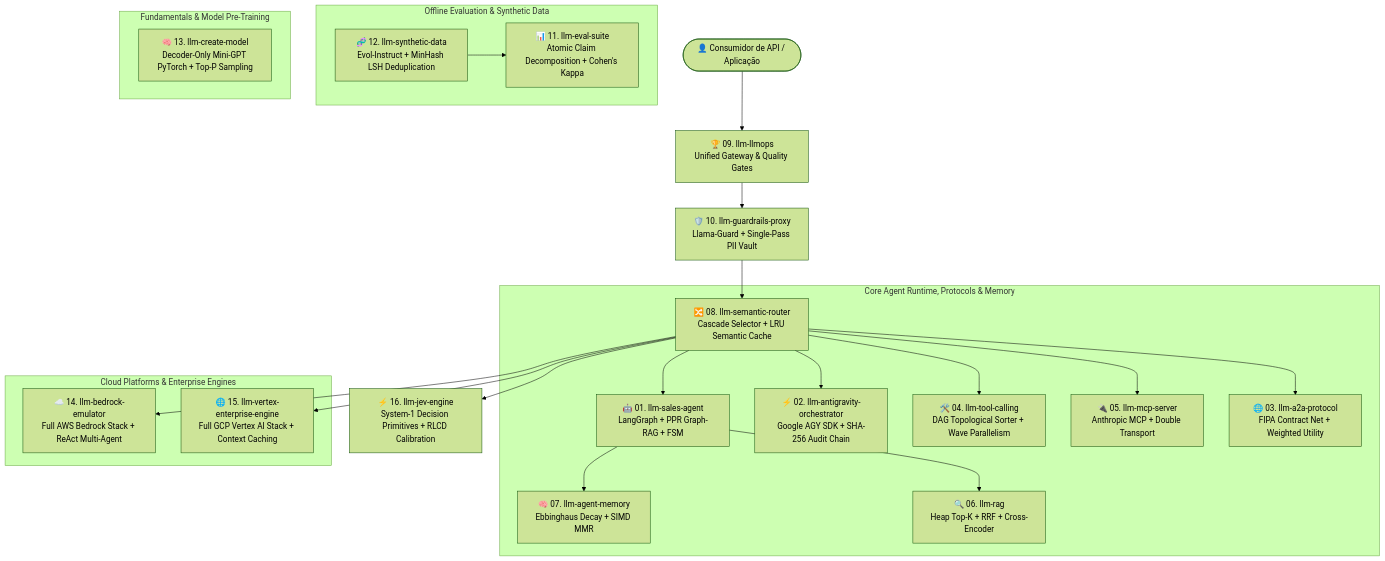
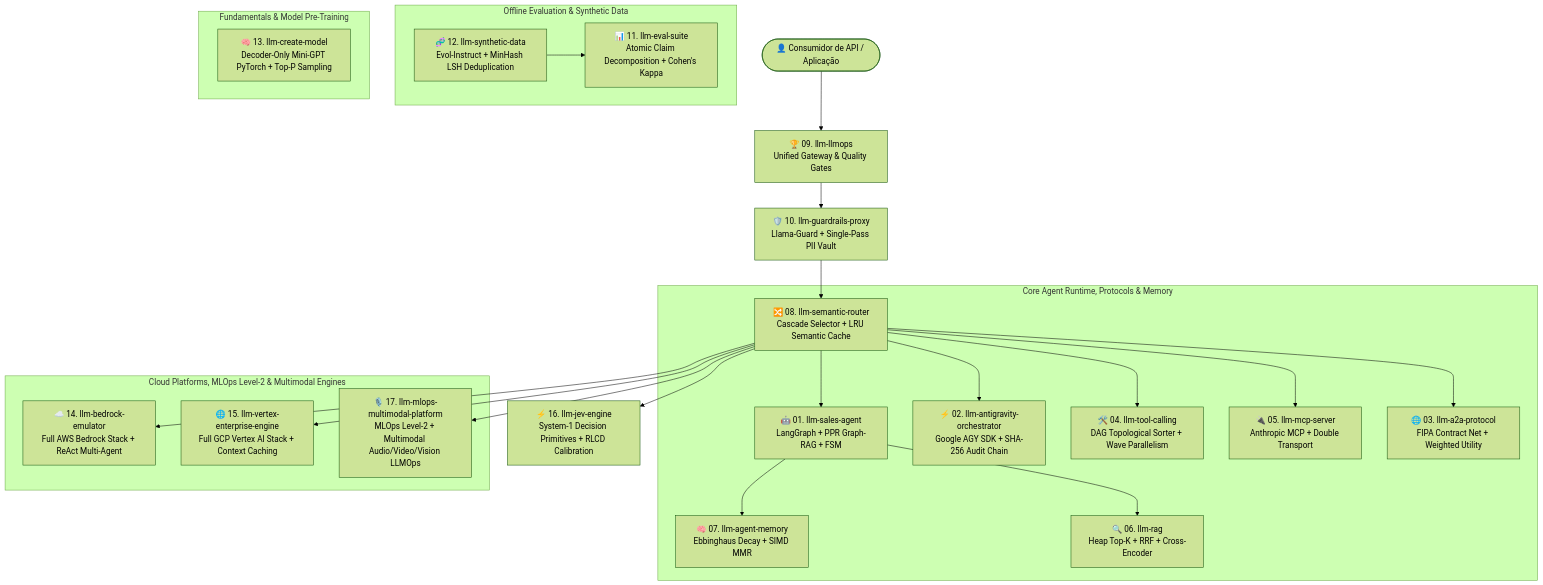
One commit to cayoesn/cayoesn changed the diagram in README.md. Above: the diagram before and after it, drawn with Mermaid (forest theme). The commit also changed other lines of this file, not shown here.

Commit message:
docs(portfolio): add Project #17 llm-mlops-multimodal-platform (MLOps Level-2 & Multimodal LLMOps)

````diff
--- a/README.md
+++ b/README.md
@@ -56,31 +58,32 @@
 ```mermaid
 graph TD
     Client([👤 Consumidor de API / Aplicação]) --> LLMOpsGateway[🏆 09. llm-llmops<br/>Unified Gateway & Quality Gates]
     LLMOpsGateway --> Guardrails[🛡️ 10. llm-guardrails-proxy<br/>Llama-Guard + Single-Pass PII Vault]
     Guardrails --> Router[🔀 08. llm-semantic-router<br/>Cascade Selector + LRU Semantic Cache]
     Router --> JevEngine[⚡ 16. llm-jev-engine<br/>System-1 Decision Primitives + RLCD Calibration]
     
     subgraph "Core Agent Runtime, Protocols & Memory"
         Router --> SalesAgent[🤖 01. llm-sales-agent<br/>LangGraph + PPR Graph-RAG + FSM]
         Router --> Orchestrator[⚡ 02. llm-antigravity-orchestrator<br/>Google AGY SDK + SHA-256 Audit Chain]
         Router --> ToolCalling[🛠️ 04. llm-tool-calling<br/>DAG Topological Sorter + Wave Parallelism]
         Router --> MCPServer[🔌 05. llm-mcp-server<br/>Anthropic MCP + Double Transport]
         Router --> A2A[🌐 03. llm-a2a-protocol<br/>FIPA Contract Net + Weighted Utility]
         
         SalesAgent --> Memory[🧠 07. llm-agent-memory<br/>Ebbinghaus Decay + SIMD MMR]
         SalesAgent --> RAG[🔍 06. llm-rag<br/>Heap Top-K + RRF + Cross-Encoder]
     end
 
-    subgraph "Cloud Platforms & Enterprise Engines"
+    subgraph "Cloud Platforms, MLOps Level-2 & Multimodal Engines"
         Router --> BedrockEmulator[☁️ 14. llm-bedrock-emulator<br/>Full AWS Bedrock Stack + ReAct Multi-Agent]
         Router --> VertexEngine[🌐 15. llm-vertex-enterprise-engine<br/>Full GCP Vertex AI Stack + Context Caching]
+        Router --> OmniPulse[🎙️ 17. llm-mlops-multimodal-platform<br/>MLOps Level-2 + Multimodal Audio/Video/Vision LLMOps]
     end
 
     subgraph "Offline Evaluation & Synthetic Data"
         Synthetic[🧬 12. llm-synthetic-data<br/>Evol-Instruct + MinHash LSH Deduplication] --> Eval[📊 11. llm-eval-suite<br/>Atomic Claim Decomposition + Cohen's Kappa]
     end
 
     subgraph "Fundamentals & Model Pre-Training"
         CreateModel[🧠 13. llm-create-model<br/>Decoder-Only Mini-GPT PyTorch + Top-P Sampling]
     end
 ```
````
